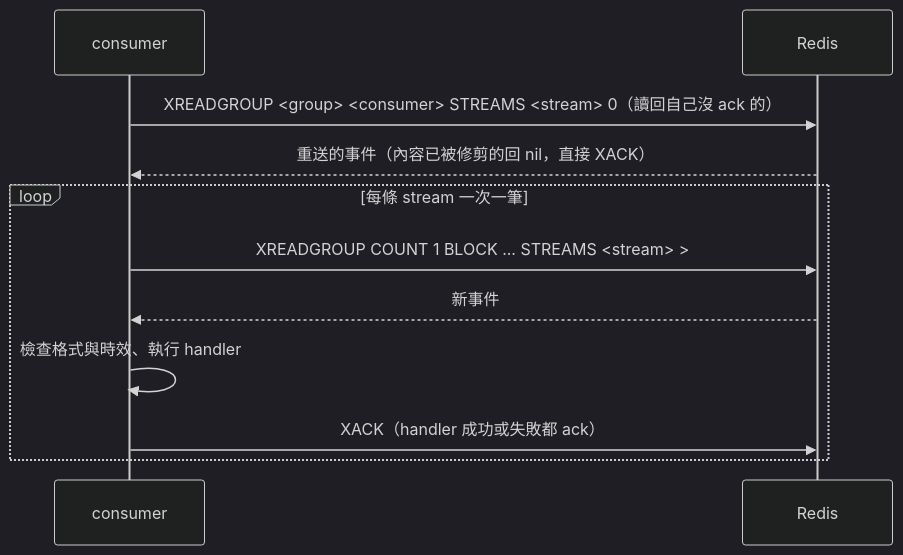
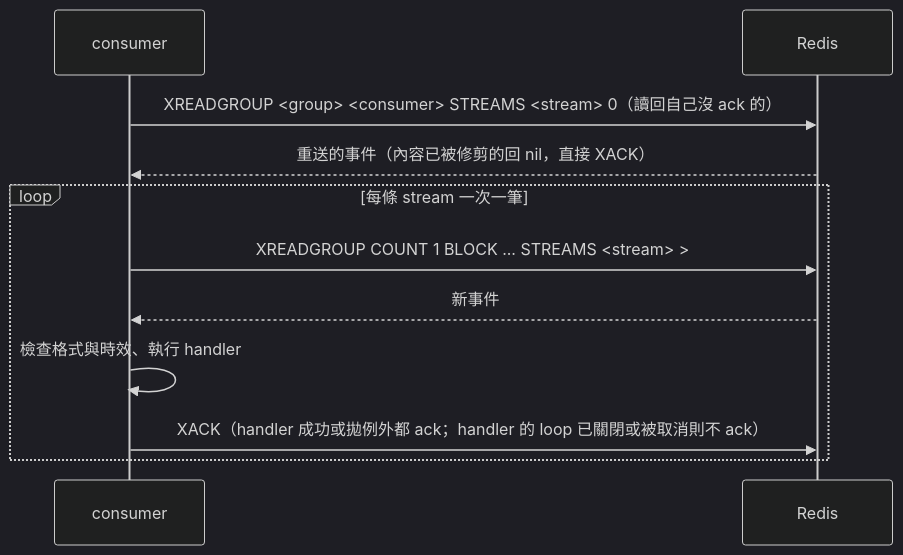
The second of 2 diagrams in docs/messaging-contract.md (willy1236/XingyuBot), drawn with Mermaid (dark theme) before and after one commit. The commit also changed other lines of this file and 2 other files, not shown here.

Commit message:
fix(messaging): handler 的 loop 已關閉或被取消時不 ack，留待重送

````diff
--- a/docs/messaging-contract.md
+++ b/docs/messaging-contract.md
@@ -61,13 +61,13 @@
 ```mermaid
 sequenceDiagram
     participant C as consumer
     participant R as Redis
     C->>R: XREADGROUP <group> <consumer> STREAMS <stream> 0（讀回自己沒 ack 的）
     R-->>C: 重送的事件（內容已被修剪的回 nil，直接 XACK）
     loop 每條 stream 一次一筆
         C->>R: XREADGROUP COUNT 1 BLOCK ... STREAMS <stream> >
         R-->>C: 新事件
         C->>C: 檢查格式與時效、執行 handler
-        C->>R: XACK（handler 成功或失敗都 ack）
+        C->>R: XACK（handler 成功或拋例外都 ack；handler 的 loop 已關閉或被取消則不 ack）
     end
 ```
````
